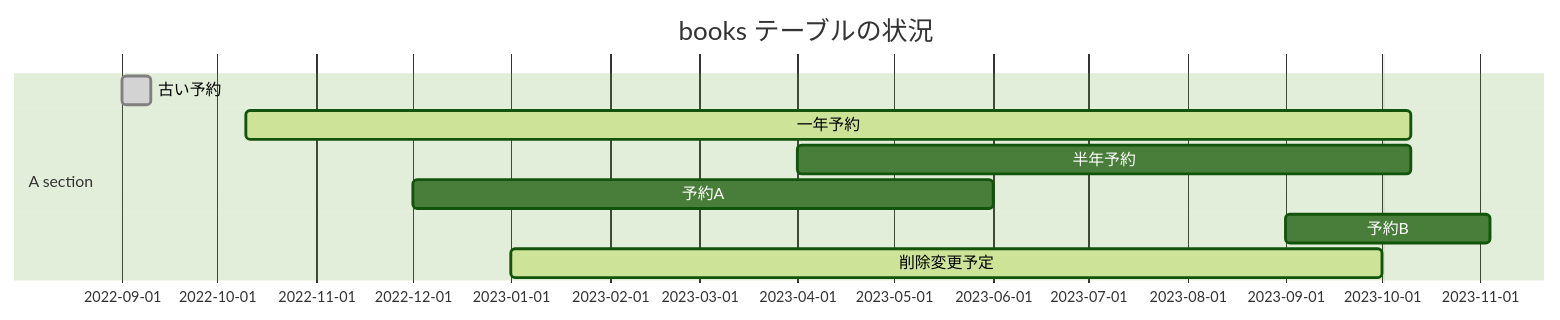
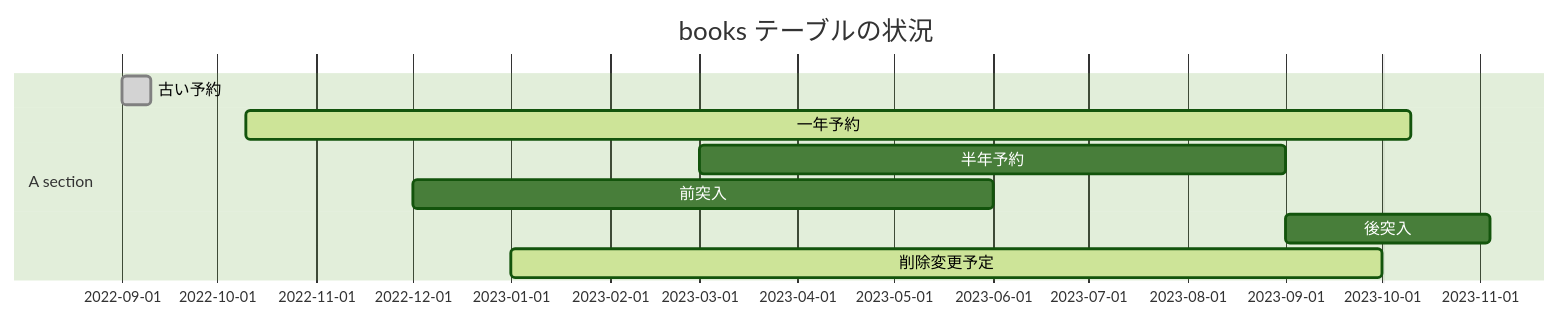
Before and after one commit to a-yasui/zenn-document: the diagram in articles/temportal-table-at-mariadb-memo.md, drawn with Mermaid (forest theme). The commit also changed other lines of this file, not shown here.

````diff
--- a/articles/temportal-table-at-mariadb-memo.md
+++ b/articles/temportal-table-at-mariadb-memo.md
@@ -534,14 +535,14 @@
 ```mermaid
 gantt
 dateFormat  YYYY-MM-DD
 title books テーブルの状況
 excludes weekdays 2023-10-01
 
 section A section
 古い予約 :done,   d1, 2022-09-01, 2022-09-10
 一年予約 :active, dy, 2022-10-10, 2023-10-10
-半年予約 :        dh, 2023-04-01, 2023-10-10
-予約A   :        da, 2022-12-01, 2023-06-01
-予約B   :        db, 2023-09-01, 2023-11-04
+半年予約 :        dh, 2023-03-01, 2023-09-01
+前突入   :        da, 2022-12-01, 2023-06-01
+後突入   :        db, 2023-09-01, 2023-11-04
 削除変更予定: active, ddd, 2023-01-01, 2023-10-01
 ```
````
